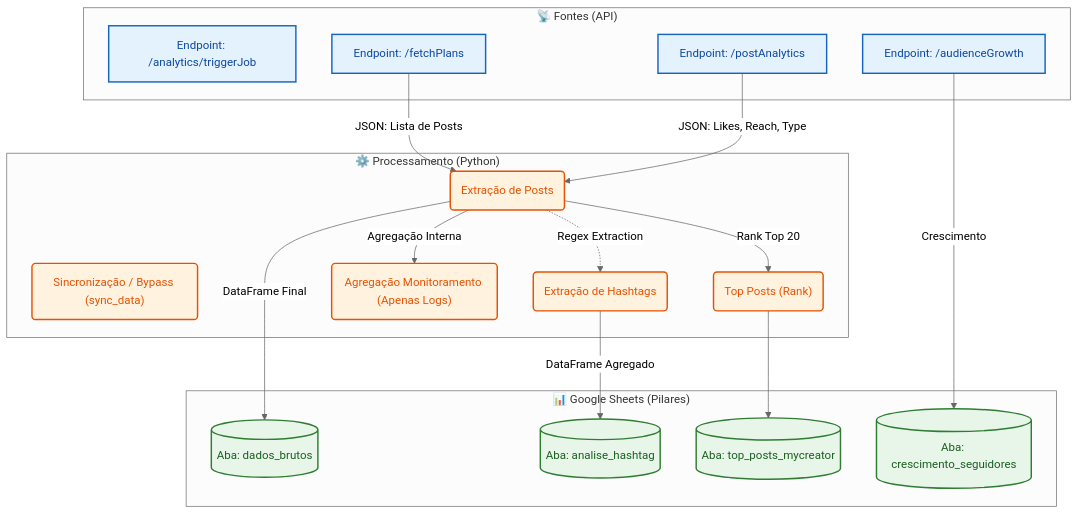
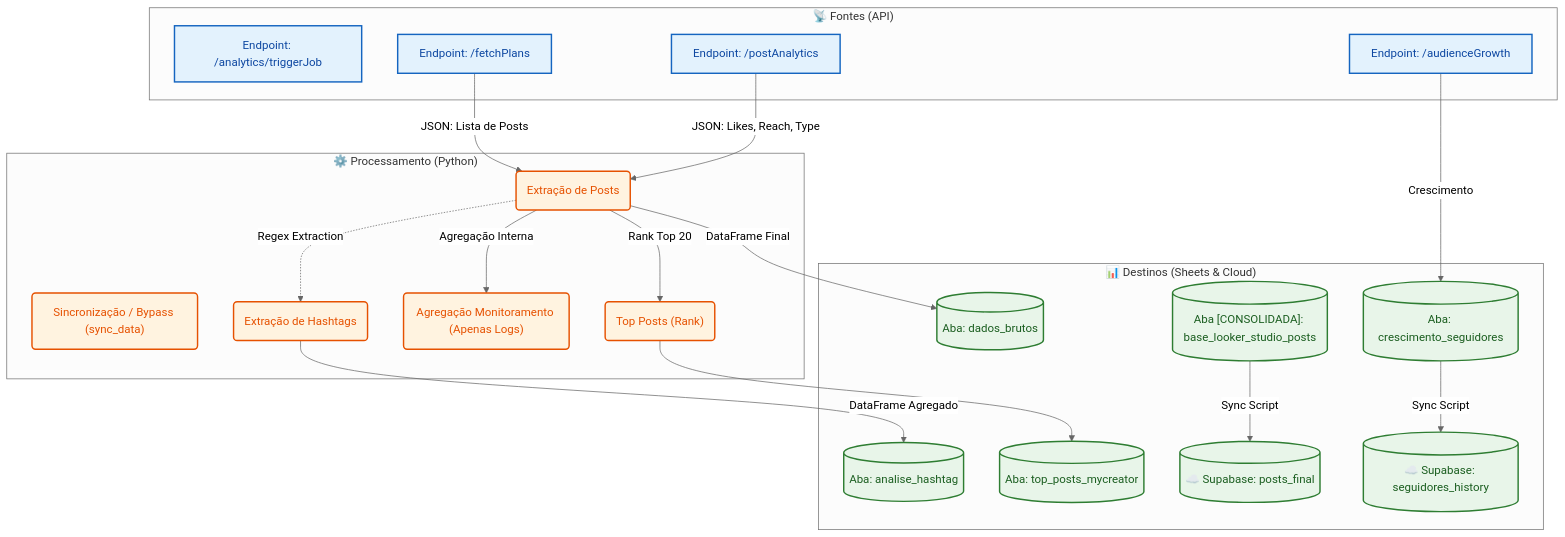
One commit to mscarpenter-myside/mycreator-analytics changed the first of 3 diagrams in Docs/DOC_TECNICA.md. Above: the diagram before and after it, drawn with Mermaid (neutral theme). The commit also changed other lines of this file and 3 other files, not shown here.

Commit message:
docs: arquitetura cloud supabase, dicionário de dados e ferramentas de verificação

````diff
--- a/Docs/DOC_TECNICA.md
+++ b/Docs/DOC_TECNICA.md
@@ -11,43 +11,49 @@
 ```mermaid
 graph TD
     %% Estilos (Cores Profissionais para Data Team)
     classDef api fill:#e3f2fd,stroke:#1565c0,stroke-width:2px,color:#0d47a1;
     classDef etl fill:#fff3e0,stroke:#e65100,stroke-width:2px,color:#e65100;
     classDef storage fill:#e8f5e9,stroke:#2e7d32,stroke-width:2px,color:#1b5e20;
     classDef join fill:#f3e5f5,stroke:#7b1fa2,stroke-width:2px,stroke-dasharray: 5 5,color:#4a148c;
 
     subgraph Sources ["📡 Fontes (API)"]
         A1["Endpoint: /analytics/triggerJob"]:::api
         A2["Endpoint: /fetchPlans"]:::api
         A3["Endpoint: /postAnalytics"]:::api
         A4["Endpoint: /audienceGrowth"]:::api
     end
 
     subgraph Processing ["⚙️ Processamento (Python)"]
         B0("Sincronização / Bypass (sync_data)"):::etl
         B2("Extração de Posts"):::etl
         B5("Extração de Hashtags"):::etl
         B10("Agregação Monitoramento (Apenas Logs)"):::etl
         B13("Top Posts (Rank)"):::etl
     end
 
-    subgraph Destination ["📊 Google Sheets (Pilares)"]
+    subgraph Destination ["📊 Destinos (Sheets & Cloud)"]
         C2[("Aba: dados_brutos")]:::storage
         C3[("Aba: analise_hashtag")]:::storage
         C11[("Aba: top_posts_mycreator")]:::storage
         C12[("Aba: crescimento_seguidores")]:::storage
+        C20[("Aba [CONSOLIDADA]: base_looker_studio_posts")]:::storage
+        D1[("☁️ Supabase: posts_final")]:::storage
+        D2[("☁️ Supabase: seguidores_history")]:::storage
     end
 
     A4 -->|Crescimento| C12
     A2 -->|JSON: Lista de Posts| B2
     A3 -->|JSON: Likes, Reach, Type| B2
     
     B2 -->|DataFrame Final| C2
     B2 -.->|Regex Extraction| B5:::etl
     B5 -->|DataFrame Agregado| C3:::storage
     
     B2 -->|Agregação Interna| B10:::etl
     
     B2 -->|Rank Top 20| B13:::etl
     B13 --> C11:::storage
+
+    C20 -->|Sync Script| D1
+    C12 -->|Sync Script| D2
 ```
````
